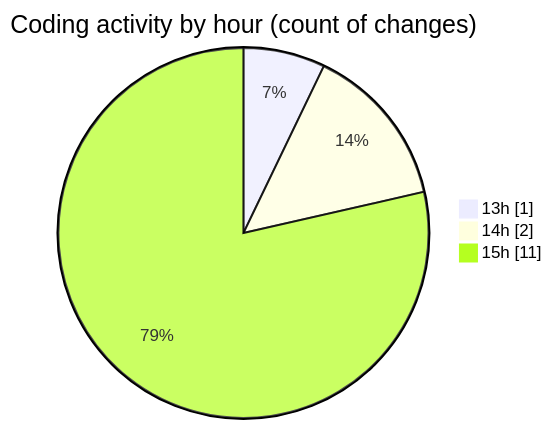
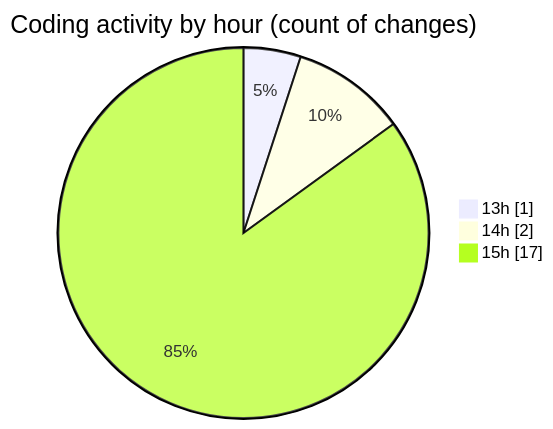
The second of 2 diagrams in 2025-12-04/nxtqube_webapp/README.md (nxtqubesakshisongat/code-tracking), drawn with Mermaid before and after one commit. The commit also changed other lines of this file and 1 other file, not shown here.

````diff
--- a/2025-12-04/nxtqube_webapp/README.md
+++ b/2025-12-04/nxtqube_webapp/README.md
@@ -29,7 +30,7 @@
 ```mermaid
 pie showData
 title Coding activity by hour (count of changes)
 "13h" : 1
 "14h" : 2
-"15h" : 11
+"15h" : 17
 ```
````
